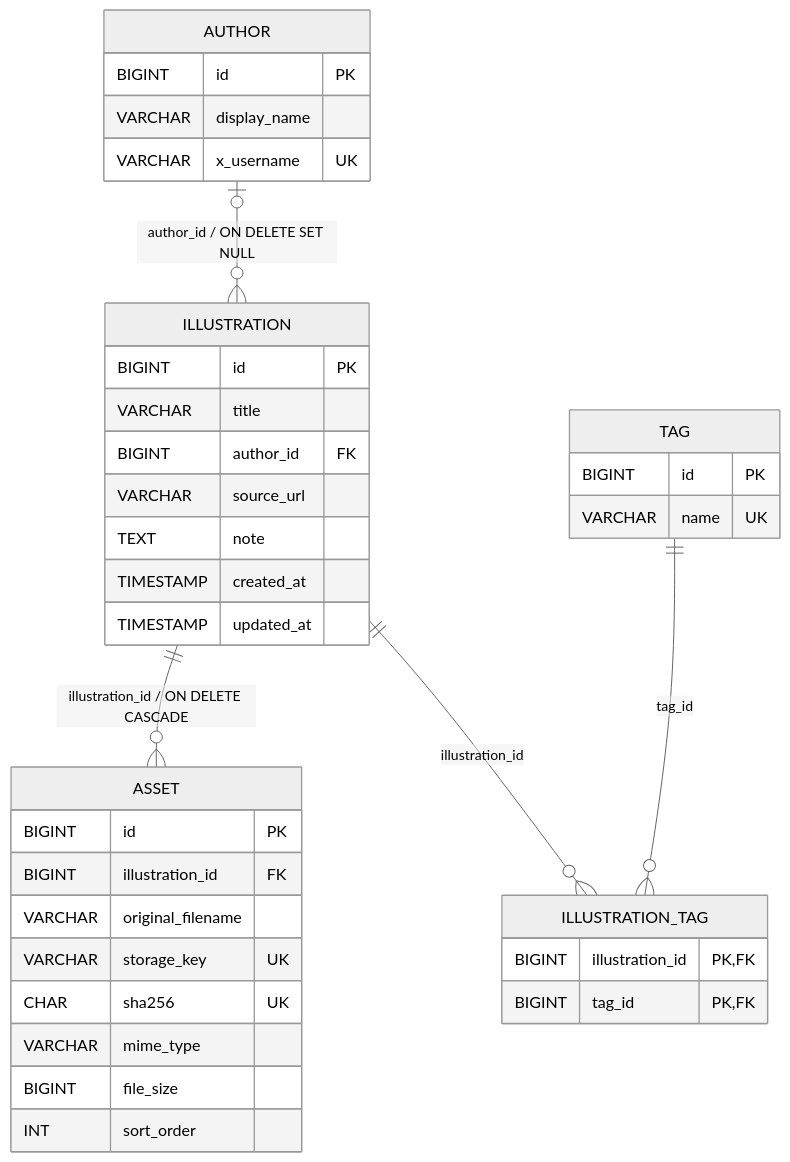
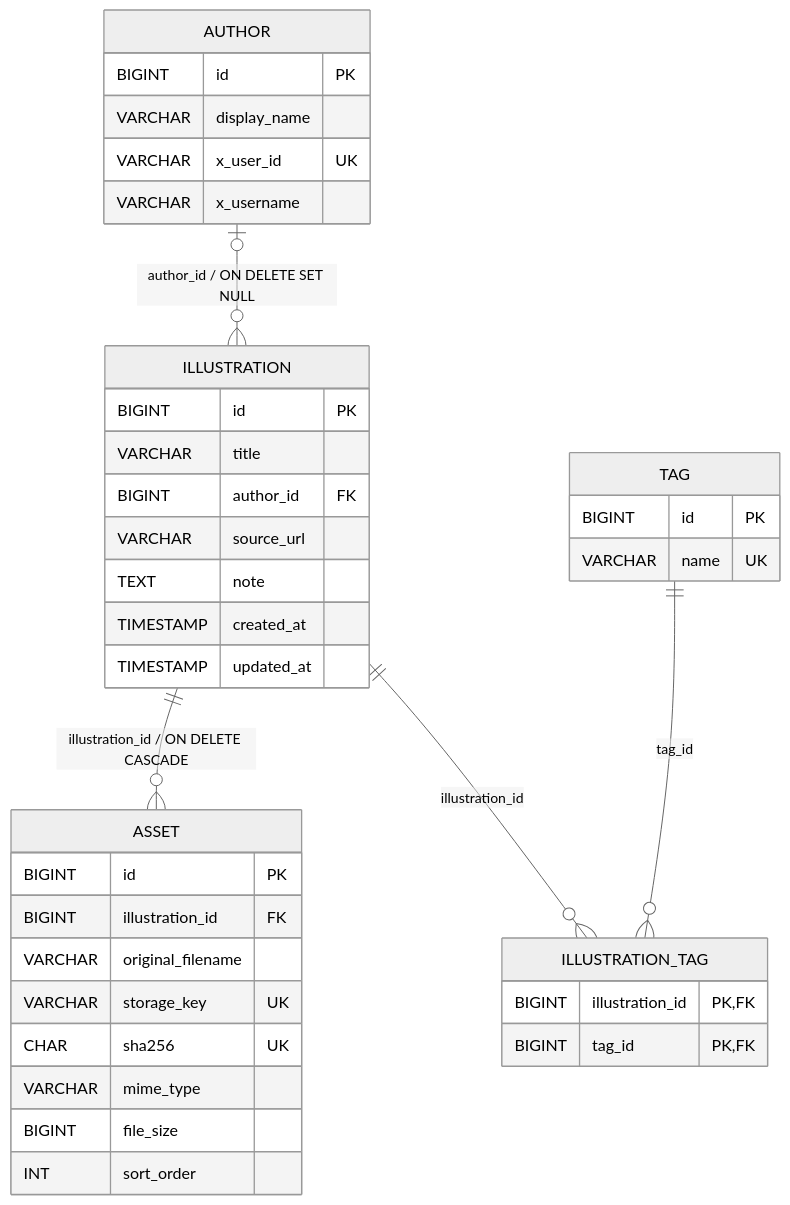
One commit to yuutara/illustration-archive changed the second of 2 diagrams in README.md. Above: the diagram before and after it, drawn with Mermaid (neutral theme). The commit also changed other lines of this file and 1 other file, not shown here.

````diff
--- a/README.md
+++ b/README.md
@@ -72,40 +75,41 @@
 ```mermaid
 erDiagram
     AUTHOR o|--o{ ILLUSTRATION : "author_id / ON DELETE SET NULL"
     ILLUSTRATION ||--o{ ASSET : "illustration_id / ON DELETE CASCADE"
     ILLUSTRATION ||--o{ ILLUSTRATION_TAG : "illustration_id"
     TAG ||--o{ ILLUSTRATION_TAG : "tag_id"
 
     AUTHOR {
         BIGINT id PK
         VARCHAR display_name
-        VARCHAR x_username UK
+        VARCHAR x_user_id UK
+        VARCHAR x_username
     }
     ILLUSTRATION {
         BIGINT id PK
         VARCHAR title
         BIGINT author_id FK
         VARCHAR source_url
         TEXT note
         TIMESTAMP created_at
         TIMESTAMP updated_at
     }
     ASSET {
         BIGINT id PK
         BIGINT illustration_id FK
         VARCHAR original_filename
         VARCHAR storage_key UK
         CHAR sha256 UK
         VARCHAR mime_type
         BIGINT file_size
         INT sort_order
     }
     TAG {
         BIGINT id PK
         VARCHAR name UK
     }
     ILLUSTRATION_TAG {
         BIGINT illustration_id PK,FK
         BIGINT tag_id PK,FK
     }
 ```
````
